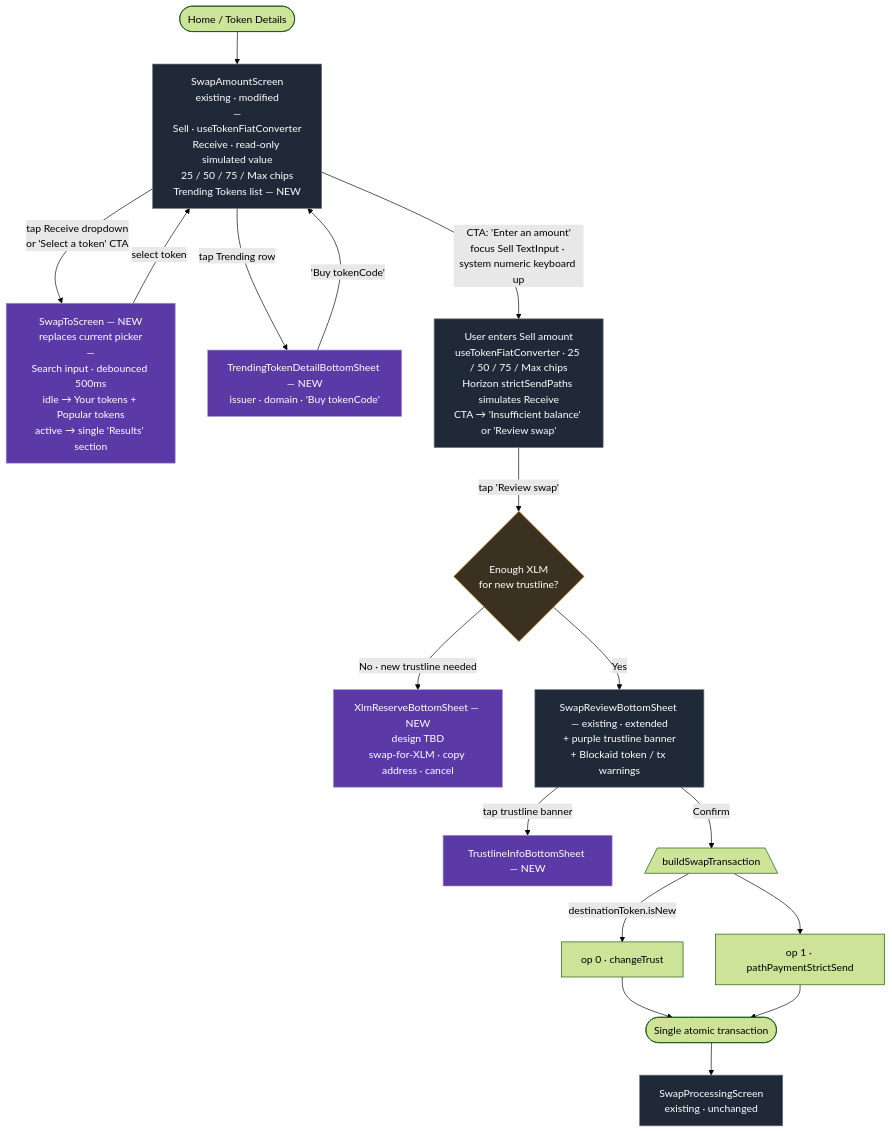
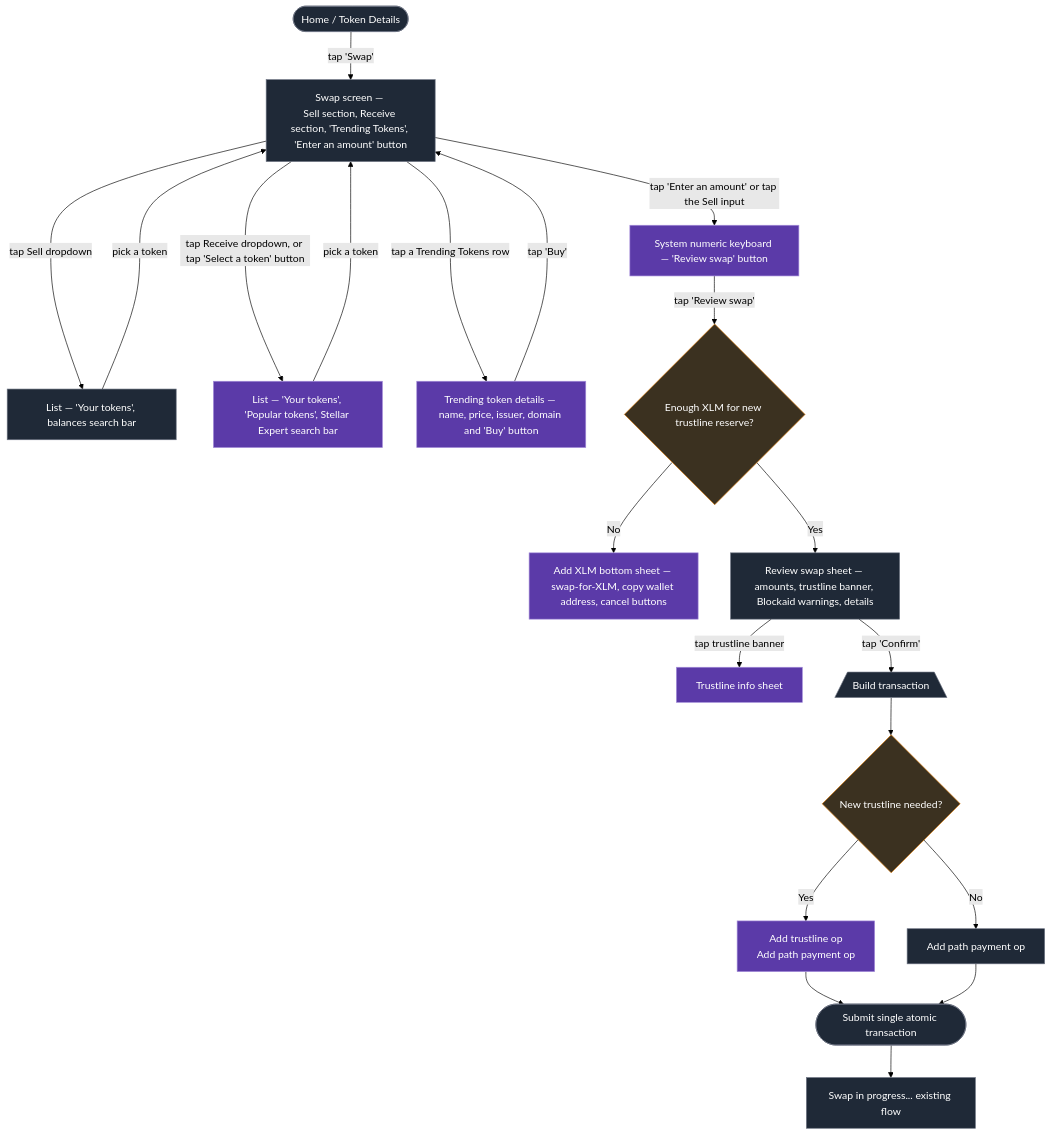
Before and after one commit to stellar/freighter-mobile: the diagram in docs/swap-to-new-token-design.md, drawn with Mermaid (forest theme). The commit also changed other lines of this file, not shown here.

Commit message:
Update flowchart diagram

````diff
--- a/docs/swap-to-new-token-design.md
+++ b/docs/swap-to-new-token-design.md
@@ -67,33 +67,36 @@
 ```mermaid
 flowchart TD
     Home([Home / Token Details])
-    Home --> SwapScreen["SwapAmountScreen<br/>existing · modified<br/>—<br/>Sell · useTokenFiatConverter<br/>Receive · read-only simulated value<br/>25 / 50 / 75 / Max chips<br/>Trending Tokens list — NEW"]
+    Home -->|tap 'Swap'| Swap[Swap screen — \nSell section, Receive section, 'Trending Tokens', 'Enter an amount' button]
 
-    SwapScreen -->|tap Receive dropdown<br/>or 'Select a token' CTA| Picker["SwapToScreen — NEW<br/>replaces current picker<br/>—<br/>Search input · debounced 500ms<br/>idle → Your tokens + Popular tokens<br/>active → single 'Results' section"]
-    Picker -->|select token| SwapScreen
+    Swap --->|tap Sell dropdown| SellPicker[List — 'Your tokens', balances search bar]
+    SellPicker -->|pick a token| Swap
 
-    SwapScreen -->|tap Trending row| TrendDetail["TrendingTokenDetailBottomSheet — NEW<br/>issuer · domain · 'Buy tokenCode'"]
-    TrendDetail -->|'Buy tokenCode'| SwapScreen
+    Swap --->|tap Receive dropdown, or tap 'Select a token' button| DestPicker[List — 'Your tokens', 'Popular tokens', Stellar Expert search bar]
+    DestPicker -->|pick a token| Swap
 
-    SwapScreen -->|CTA: 'Enter an amount'<br/>focus Sell TextInput · system numeric keyboard up| AmountEntry["User enters Sell amount<br/>useTokenFiatConverter · 25 / 50 / 75 / Max chips<br/>Horizon strictSendPaths simulates Receive<br/>CTA → 'Insufficient balance' or 'Review swap'"]
+    Swap --->|tap a Trending Tokens row| TrendDetail[Trending token details — name, price, issuer, domain and 'Buy' button]
+    TrendDetail -->|tap 'Buy'| Swap
 
-    AmountEntry -->|tap 'Review swap'| ReserveCheck{Enough XLM<br/>for new trustline?}
-    ReserveCheck -->|No · new trustline needed| XlmSheet["XlmReserveBottomSheet — NEW<br/>design TBD<br/>swap-for-XLM · copy address · cancel"]
-    ReserveCheck -->|Yes| Review["SwapReviewBottomSheet — existing · extended<br/>+ purple trustline banner<br/>+ Blockaid token / tx warnings"]
+    Swap -->|tap 'Enter an amount' or tap the Sell input| AmountEntry[System numeric keyboard — 'Review swap' button]
+    AmountEntry -->|tap 'Review swap'| ReserveCheck{Enough XLM for new trustline reserve?}
+    ReserveCheck -->|No| XlmSheet[Add XLM bottom sheet — swap-for-XLM, copy wallet address, cancel buttons]
+    ReserveCheck -->|Yes| Review[Review swap sheet — amounts, trustline banner, Blockaid warnings, details]
 
-    Review -->|tap trustline banner| TrustInfo["TrustlineInfoBottomSheet — NEW"]
+    Review -->|tap trustline banner| TrustInfo[Trustline info sheet]
+    Review -->|tap 'Confirm'| Build[/Build transaction\]
 
-    Review -->|Confirm| Build[/buildSwapTransaction\]
-    Build -->|destinationToken.isNew| ChangeTrust["op 0 · changeTrust"]
-    Build --> Path["op 1 · pathPaymentStrictSend"]
-    ChangeTrust --> Submit([Single atomic transaction])
-    Path --> Submit
-    Submit --> Processing["SwapProcessingScreen<br/>existing · unchanged"]
+    Build --> TrustlineCheck{New trustline needed?}
+    TrustlineCheck -->|Yes| ChangeTrust[Add trustline op \n Add path payment op]
+    TrustlineCheck -->|No| PathOnly[Add path payment op]
+    ChangeTrust --> Submit([Submit single atomic transaction])
+    PathOnly --> Submit
+    Submit --> Processing[Swap in progress... existing flow]
 
     classDef new fill:#5b3aa8,stroke:#a48cd9,color:#fff
     classDef existing fill:#1f2937,stroke:#6b7280,color:#fff
     classDef decision fill:#3b3120,stroke:#d97706,color:#fff
-    class Picker,TrendDetail,XlmSheet,TrustInfo new
-    class SwapScreen,AmountEntry,Review,Processing existing
-    class ReserveCheck decision
+    class DestPicker,TrendDetail,AmountEntry,XlmSheet,TrustInfo,ChangeTrust new
+    class Home,Swap,SellPicker,Review,Build,PathOnly,Submit,Processing existing
+    class ReserveCheck,TrustlineCheck decision
 ```
````
